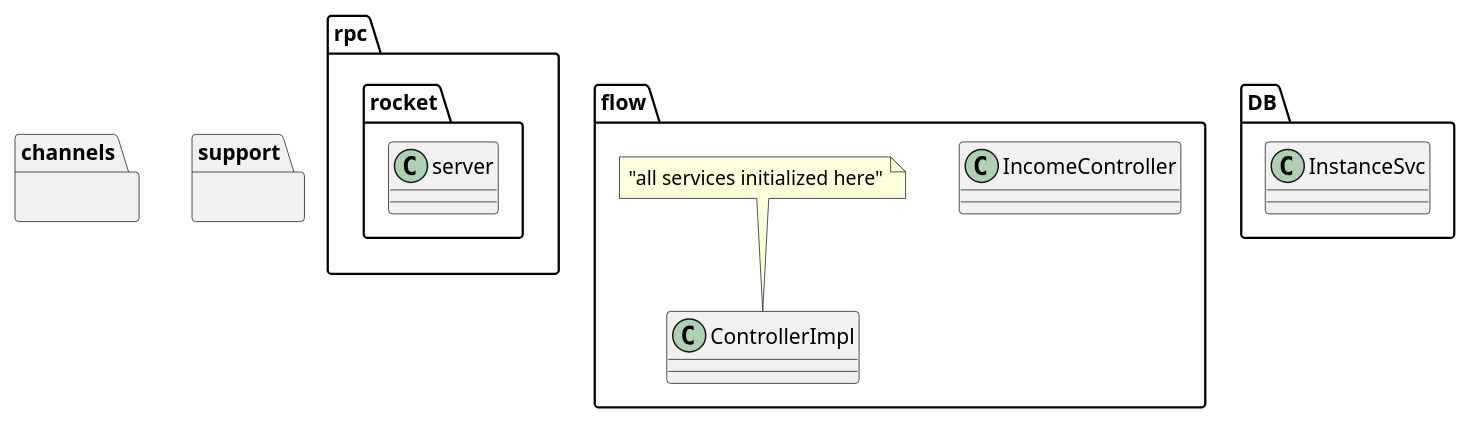
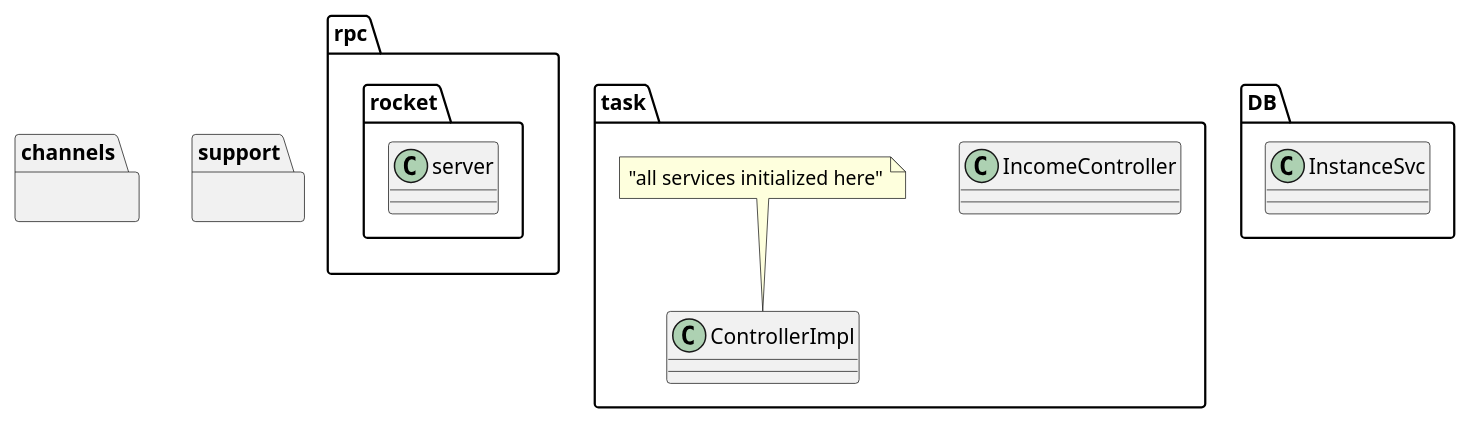
The diagram in doc/uml/biz-class.puml (llxxbb/Nature), drawn with PlantUML before and after one commit. The commit also changed 28 other files, not shown here.

```diff
--- a/doc/uml/biz-class.puml
+++ b/doc/uml/biz-class.puml
@@ -1,28 +1,28 @@
 @startuml
 ' receive request from outside of `Nature`
 namespace rpc {
     namespace rocket{
         class server
     }
 }
 
-namespace flow {
+namespace task {
     class IncomeController
     class ControllerImpl
     note top: "all services initialized here"
 }
 
 namespace DB{
     class InstanceSvc
 }
 
 namespace channels {
 
 }
 
 namespace support {
 
 }
 
 
 @enduml
```
